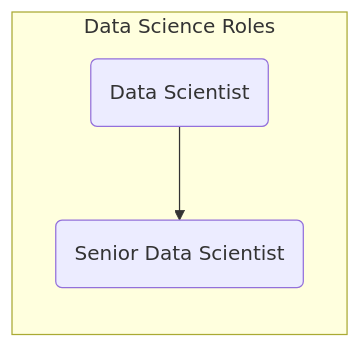
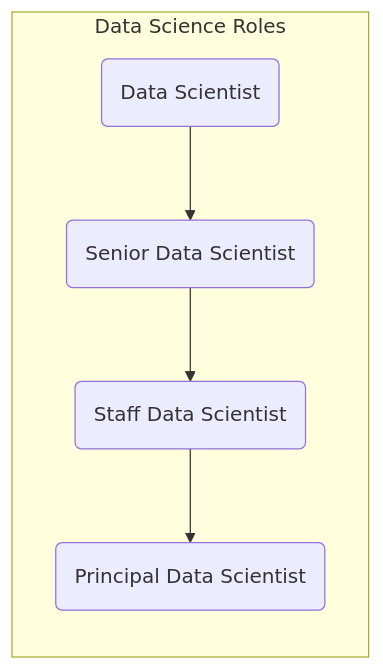
One commit to secretstartups/handbook changed the fourth of 6 diagrams in business-technology/data-team/organization/index.html.md. Above: the diagram before and after it, drawn with Mermaid. The commit also changed other lines of this file, not shown here.

Commit message:
Update data science roles and onboarding timeline

````diff
--- a/business-technology/data-team/organization/index.html.md
+++ b/business-technology/data-team/organization/index.html.md
@@ -218,9 +218,11 @@
 ```mermaid
   graph LR;
   subgraph Data Science Roles
-    supe:ds(Data Scientist)-->supe:sds(Senior Data Scientist);
+    supe:ds(Data Scientist)-->supe:sds(Senior Data Scientist)-->supe:stds(Staff Data Scientist)-->supe:pds(Principal Data Scientist);
   end
 
   click supe:ds "https://handbook.gitlab.com/job-families/finance/data-science/#data-scientist-intermediate";
   click supe:sds "https://handbook.gitlab.com/job-families/finance/data-science/#senior-data-scientist";
+  click supe:stds "https://handbook.gitlab.com/job-families/finance/data-science/#staff-data-scientist";
+  click supe:pds "https://handbook.gitlab.com/job-families/finance/data-science/#principal-data-scientist";
 ```
````
